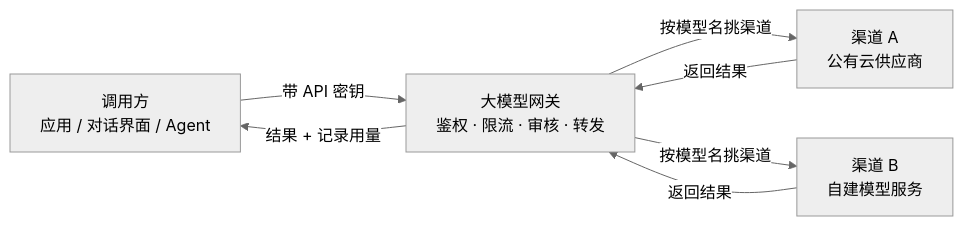
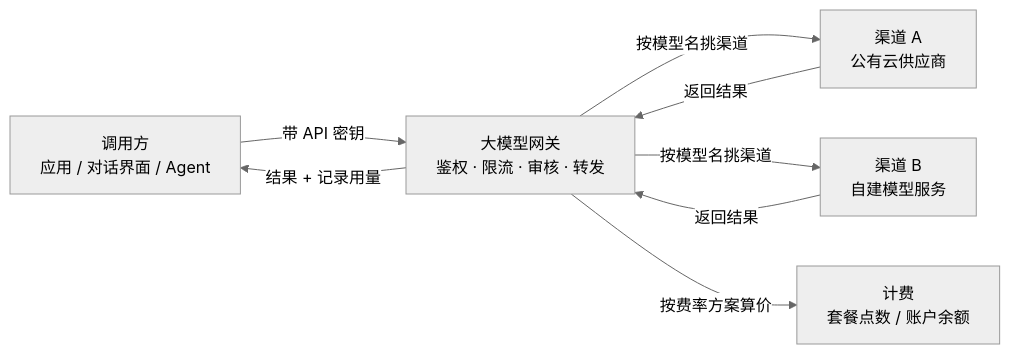
One commit to poxiaoyun/docs changed the first of 2 diagrams in src/pages/docs/cn/20.boss/02.gateway/index.md. Above: the diagram before and after it, drawn with Mermaid (neutral theme). The commit also changed other lines of this file and 388 other files, not shown here.

First line of the commit message:
docs: 全站对齐 xiaoshi-rune-console main，重写 272 页并补齐实拍截图 (#3)

````diff
--- a/src/pages/docs/cn/20.boss/02.gateway/index.md
+++ b/src/pages/docs/cn/20.boss/02.gateway/index.md
@@ -30,9 +32,10 @@
 ```mermaid
 flowchart LR
   Caller[调用方<br/>应用 / 对话界面 / Agent] -->|带 API 密钥| GW[大模型网关<br/>鉴权 · 限流 · 审核 · 转发]
   GW -->|按模型名挑渠道| CH1[渠道 A<br/>公有云供应商]
   GW -->|按模型名挑渠道| CH2[渠道 B<br/>自建模型服务]
   CH1 -->|返回结果| GW
   CH2 -->|返回结果| GW
+  GW -->|按费率方案算价| Bill[计费<br/>套餐点数 / 账户余额]
   GW -->|结果 + 记录用量| Caller
 ```
````
